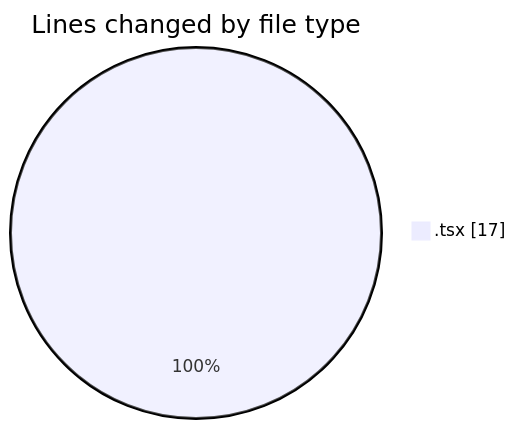
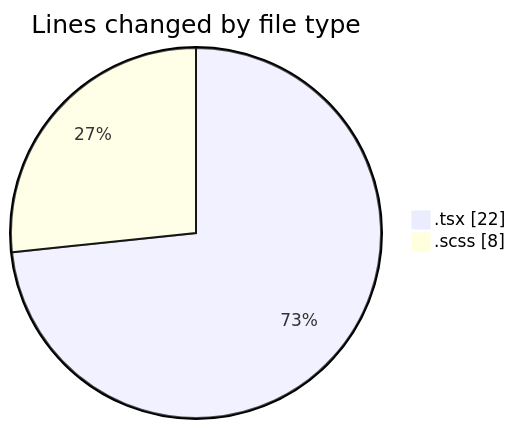
Before and after one commit to momahboobian/code-tracking: the first of 2 diagrams in 2026-08-26/cda/README.md, drawn with Mermaid. The commit also changed other lines of this file and 1 other file, not shown here.

````diff
--- a/2026-08-26/cda/README.md
+++ b/2026-08-26/cda/README.md
@@ -20,5 +21,6 @@
 ```mermaid
 pie showData
 title Lines changed by file type
-".tsx" : 17
+".tsx" : 22
+".scss" : 8
 ```
````
